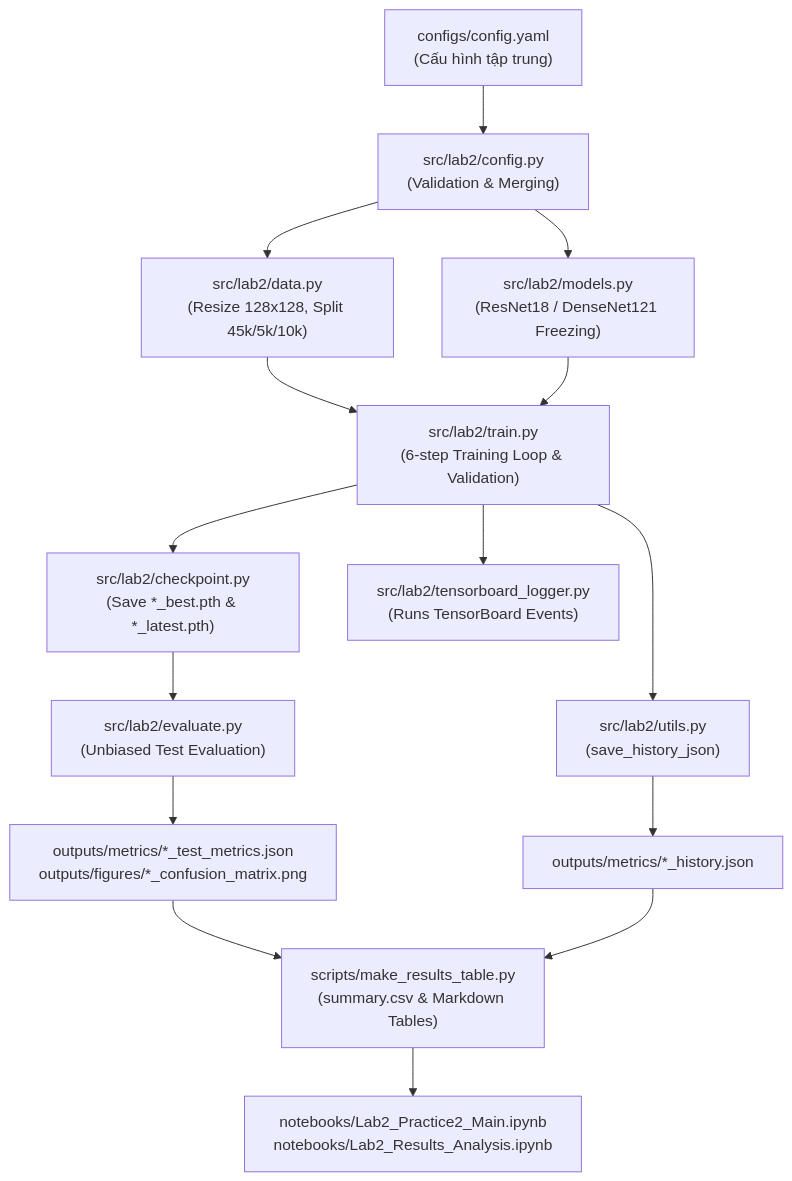
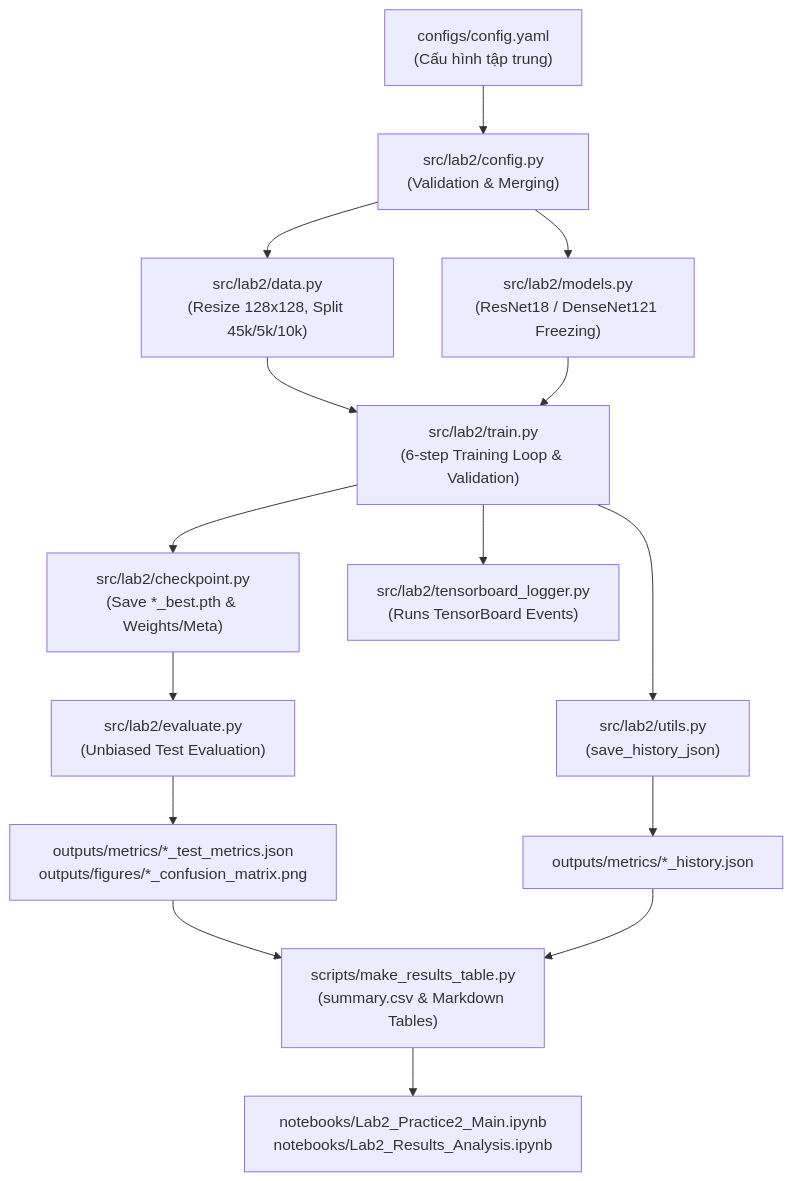
One commit to vongocgiavy/DL_Lab-2 changed the diagram in README.md. Above: the diagram before and after it, drawn with Mermaid. The commit also changed other lines of this file and 12 other files, not shown here.

````diff
--- a/README.md
+++ b/README.md
@@ -44,21 +48,21 @@
 ```mermaid
 flowchart TD
     A["configs/config.yaml<br/>(Cấu hình tập trung)"] --> B["src/lab2/config.py<br/>(Validation & Merging)"]
     B --> C["src/lab2/data.py<br/>(Resize 128x128, Split 45k/5k/10k)"]
     B --> D["src/lab2/models.py<br/>(ResNet18 / DenseNet121 Freezing)"]
     
     C --> E["src/lab2/train.py<br/>(6-step Training Loop & Validation)"]
     D --> E
     
-    E --> F["src/lab2/checkpoint.py<br/>(Save *_best.pth & *_latest.pth)"]
+    E --> F["src/lab2/checkpoint.py<br/>(Save *_best.pth & Weights/Meta)"]
     E --> G["src/lab2/tensorboard_logger.py<br/>(Runs TensorBoard Events)"]
     E --> H["src/lab2/utils.py<br/>(save_history_json)"]
     
     F --> I["src/lab2/evaluate.py<br/>(Unbiased Test Evaluation)"]
     I --> J["outputs/metrics/*_test_metrics.json<br/>outputs/figures/*_confusion_matrix.png"]
     H --> K["outputs/metrics/*_history.json"]
     
     J --> L["scripts/make_results_table.py<br/>(summary.csv & Markdown Tables)"]
     K --> L
     L --> M["notebooks/Lab2_Practice2_Main.ipynb<br/>notebooks/Lab2_Results_Analysis.ipynb"]
 ```
````
